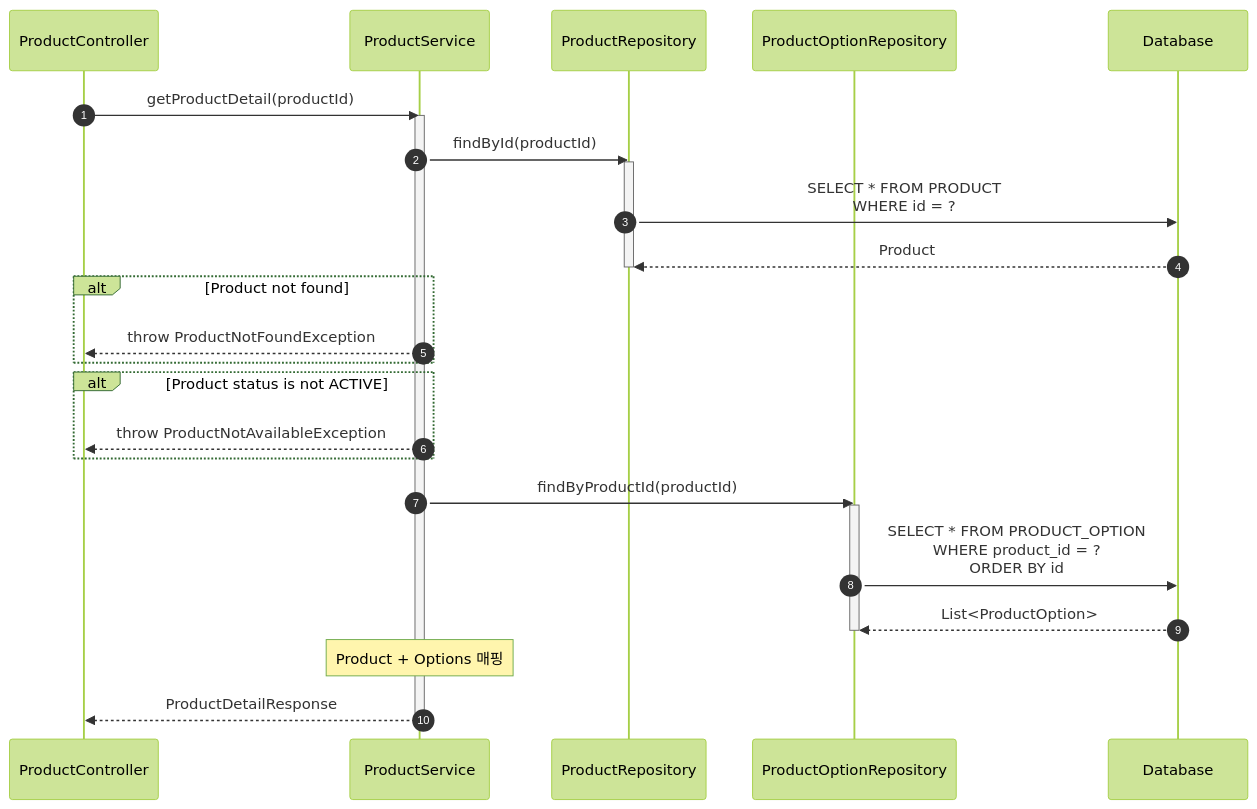
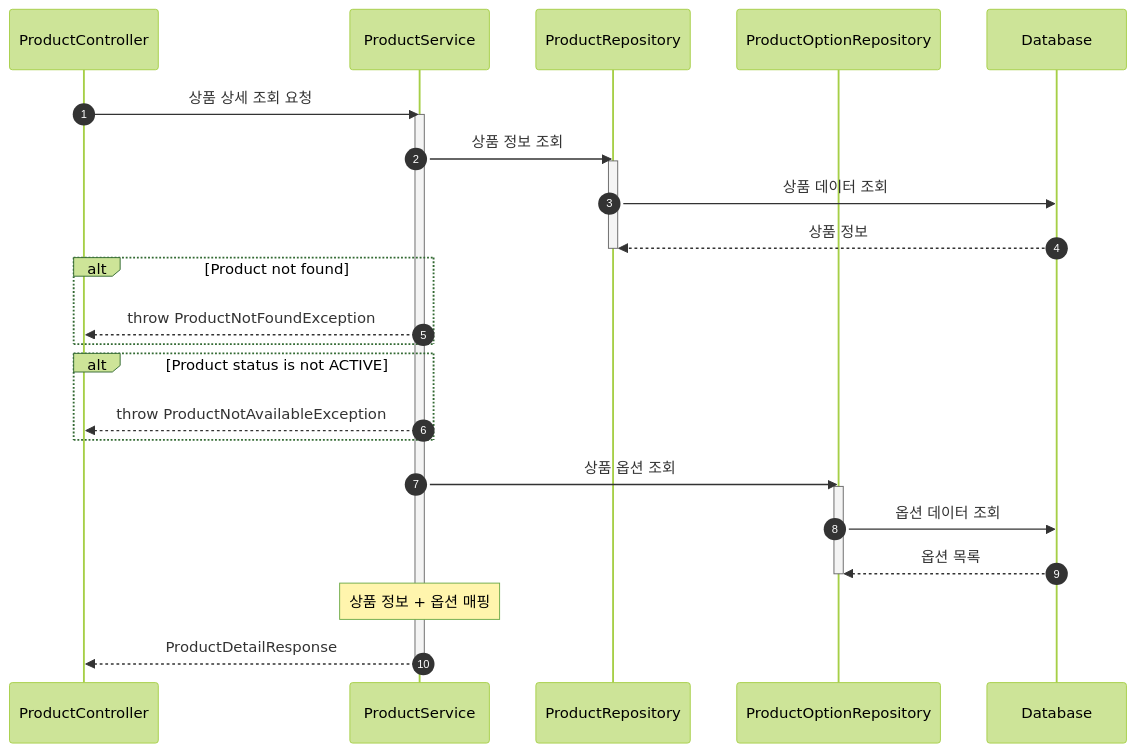
Before and after one commit to hye-ung97/hh-e-commerce: the second of 16 diagrams in docs/api/api-specification.md, drawn with Mermaid (forest theme). The commit also changed other lines of this file, not shown here.

Commit message:
fix: 시퀀스 다이어그램에서 함수 이름 -> 설명으로 변경

````diff
--- a/docs/api/api-specification.md
+++ b/docs/api/api-specification.md
@@ -119,37 +119,37 @@
 ```mermaid
 sequenceDiagram
     autonumber
     participant C as ProductController
     participant S as ProductService
     participant PR as ProductRepository
     participant POR as ProductOptionRepository
     participant DB as Database
 
-    C->>S: getProductDetail(productId)
+    C->>S: 상품 상세 조회 요청
     activate S
 
-    S->>PR: findById(productId)
+    S->>PR: 상품 정보 조회
     activate PR
-    PR->>DB: SELECT * FROM PRODUCT<br/>WHERE id = ?
-    DB-->>PR: Product
+    PR->>DB: 상품 데이터 조회
+    DB-->>PR: 상품 정보
     deactivate PR
 
     alt Product not found
         S-->>C: throw ProductNotFoundException
     end
 
     alt Product status is not ACTIVE
         S-->>C: throw ProductNotAvailableException
     end
 
-    S->>POR: findByProductId(productId)
+    S->>POR: 상품 옵션 조회
     activate POR
-    POR->>DB: SELECT * FROM PRODUCT_OPTION<br/>WHERE product_id = ?<br/>ORDER BY id
-    DB-->>POR: List<ProductOption>
+    POR->>DB: 옵션 데이터 조회
+    DB-->>POR: 옵션 목록
     deactivate POR
 
-    Note over S: Product + Options 매핑
+    Note over S: 상품 정보 + 옵션 매핑
 
     S-->>C: ProductDetailResponse
     deactivate S
 ```
````
